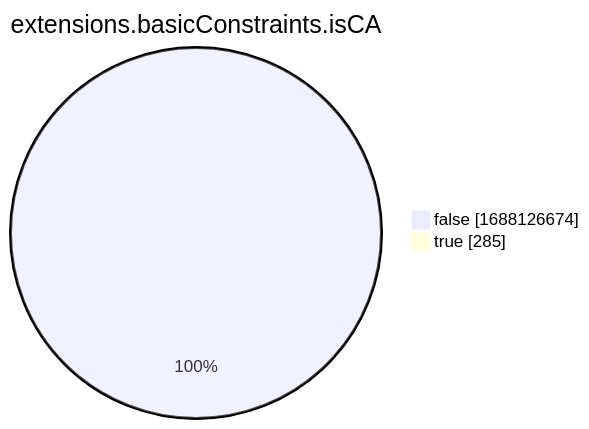
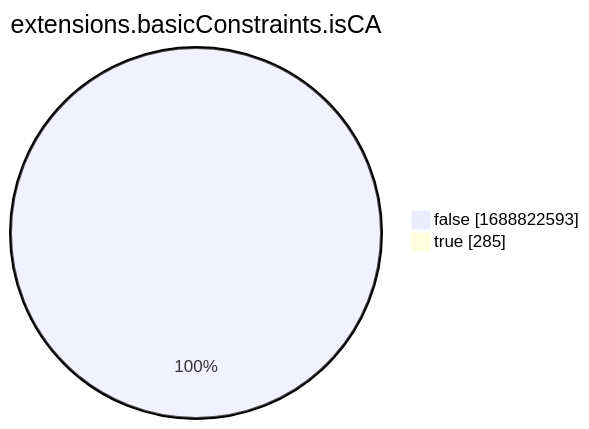
Before and after one commit to christiankrug/ctmonitor_visualization: the eighth of 15 diagrams in xenon2022/README.md, drawn with Mermaid. The commit also changed other lines of this file, not shown here.

````diff
--- a/xenon2022/README.md
+++ b/xenon2022/README.md
@@ -2865,6 +2865,6 @@
 ```mermaid
 pie showData
 title extensions.basicConstraints.isCA
-"false" :1688126674
+"false" :1688822593
 "true" :285
 ```
````
